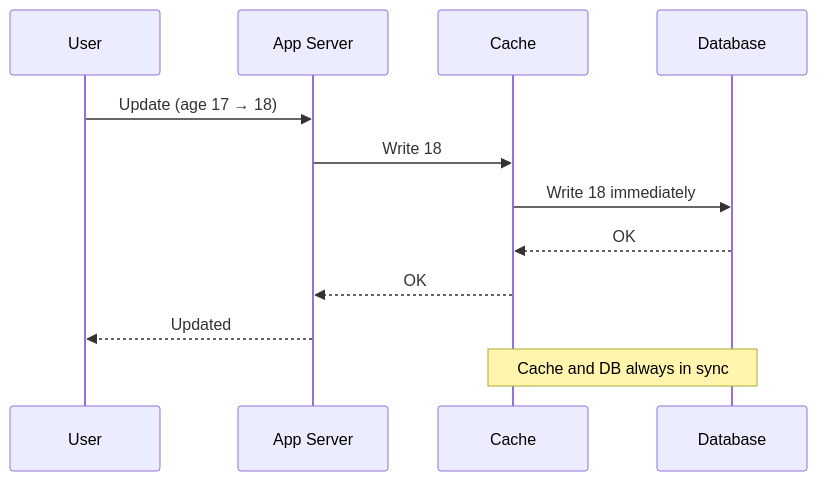
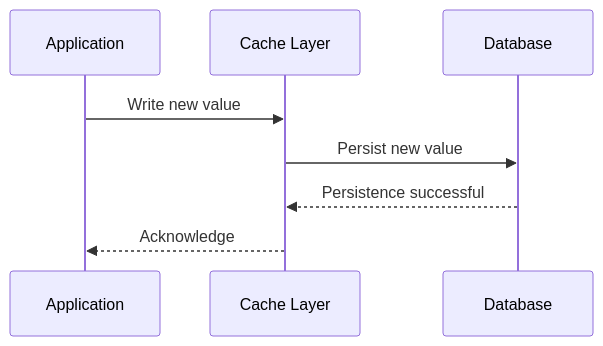
One commit to HARRISAMIN432/system-design-hld changed the tenth of 13 diagrams in 08_caching/README.md. Above: the diagram before and after it, drawn with Mermaid. The commit also changed other lines of this file and 11 other files, not shown here.

````diff
--- a/08_caching/README.md
+++ b/08_caching/README.md
@@ -307,15 +1052,11 @@
 ```mermaid
 sequenceDiagram
-    participant U as User
-    participant A as App Server
-    participant K as Cache
+    participant A as Application
+    participant K as Cache Layer
     participant D as Database
 
-    U->>A: Update (age 17 → 18)
-    A->>K: Write 18
-    K->>D: Write 18 immediately
-    D-->>K: OK
-    K-->>A: OK
-    A-->>U: Updated
-    Note over K,D: Cache and DB always in sync
+    A->>K: Write new value
+    K->>D: Persist new value
+    D-->>K: Persistence successful
+    K-->>A: Acknowledge
 ```
````
